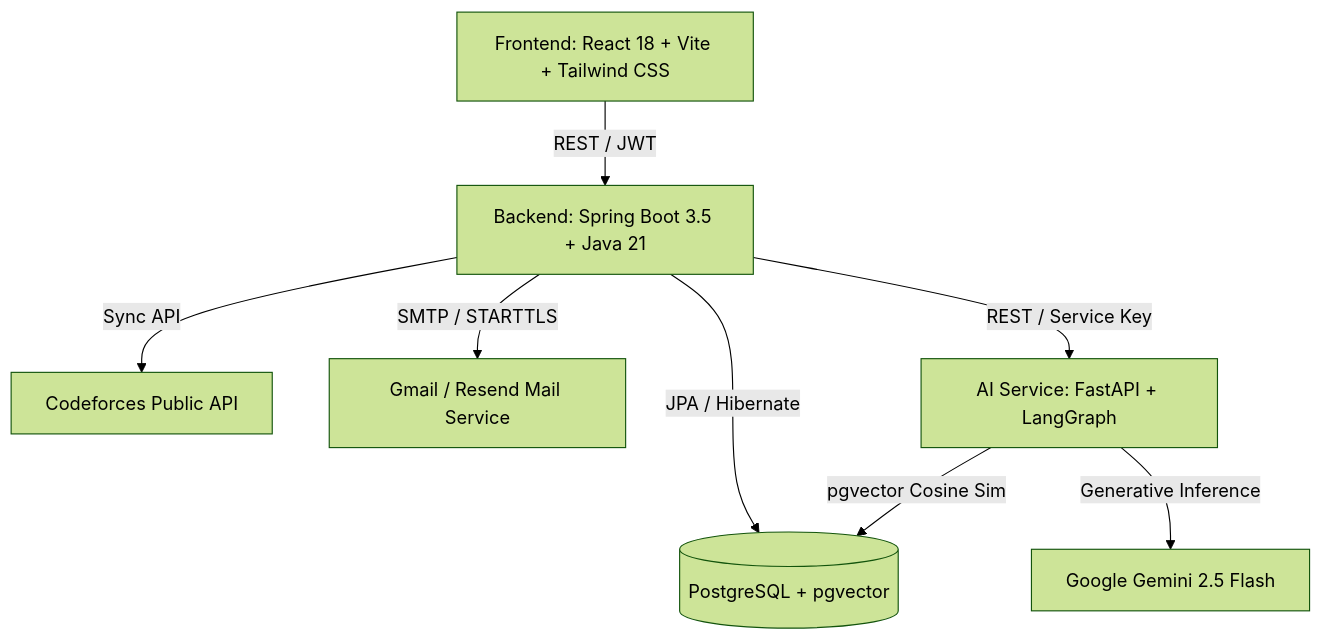
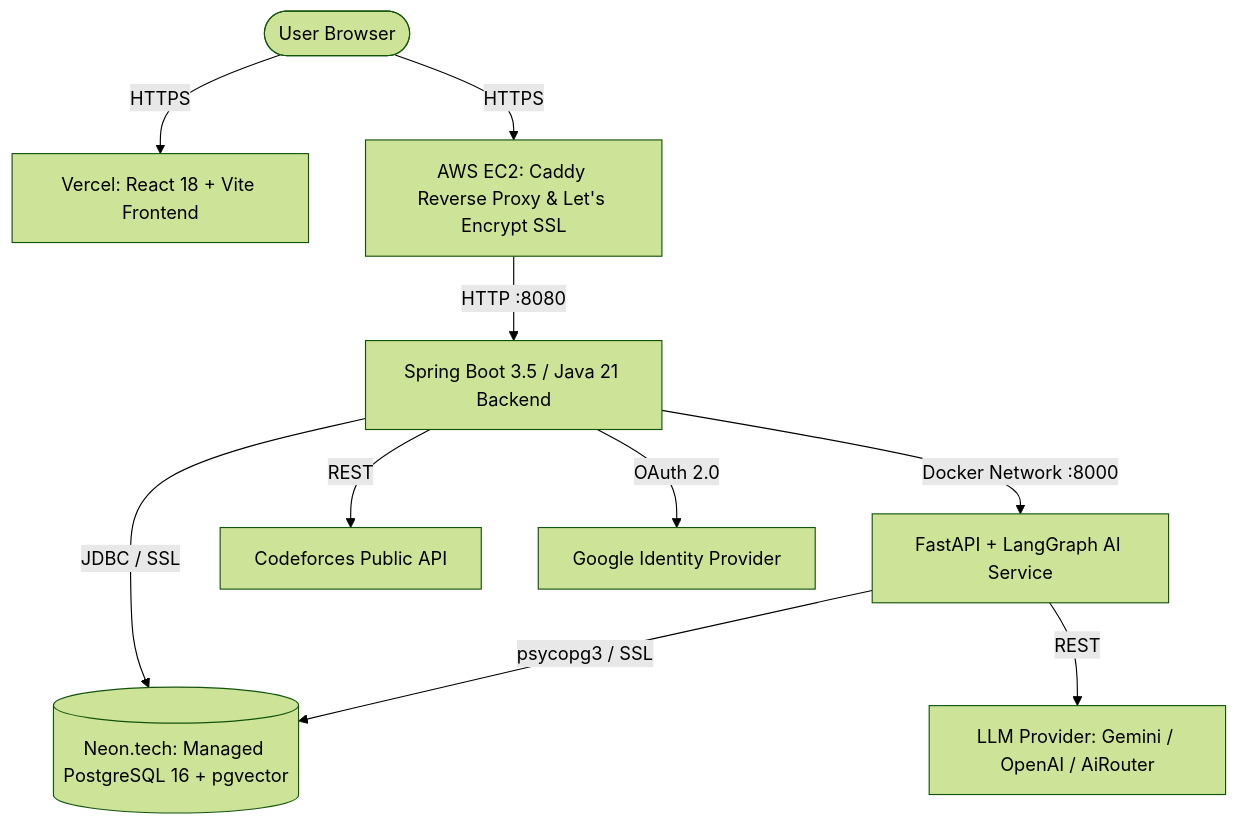
One commit to adarshsingh2312/AlgoMentor changed the diagram in README.md. Above: the diagram before and after it, drawn with Mermaid (forest theme). The commit also changed other lines of this file, not shown here.

Commit message:
docs: update README with live deployment URLs, AI tutor, and production architecture

````diff
--- a/README.md
+++ b/README.md
@@ -50,10 +57,12 @@
 ```mermaid
 graph TD
-    UI[Frontend: React 18 + Vite + Tailwind CSS] -->|REST / JWT| BE[Backend: Spring Boot 3.5 + Java 21]
-    BE -->|JPA / Hibernate| PG[(PostgreSQL + pgvector)]
-    BE -->|Sync API| CF[Codeforces Public API]
-    BE -->|SMTP / STARTTLS| SMTP[Gmail / Resend Mail Service]
-    BE -->|REST / Service Key| AI[AI Service: FastAPI + LangGraph]
-    AI -->|pgvector Cosine Sim| PG
-    AI -->|Generative Inference| LLM[Google Gemini 2.5 Flash]
+    User([User Browser]) -->|HTTPS| Vercel[Vercel: React 18 + Vite Frontend]
+    User -->|HTTPS| Caddy[AWS EC2: Caddy Reverse Proxy & Let's Encrypt SSL]
+    Caddy -->|HTTP :8080| BE[Spring Boot 3.5 / Java 21 Backend]
+    BE -->|Docker Network :8000| AI[FastAPI + LangGraph AI Service]
+    BE -->|JDBC / SSL| Neon[(Neon.tech: Managed PostgreSQL 16 + pgvector)]
+    AI -->|psycopg3 / SSL| Neon
+    BE -->|REST| CF[Codeforces Public API]
+    BE -->|OAuth 2.0| Google[Google Identity Provider]
+    AI -->|REST| LLM[LLM Provider: Gemini / OpenAI / AiRouter]
 ```
````
